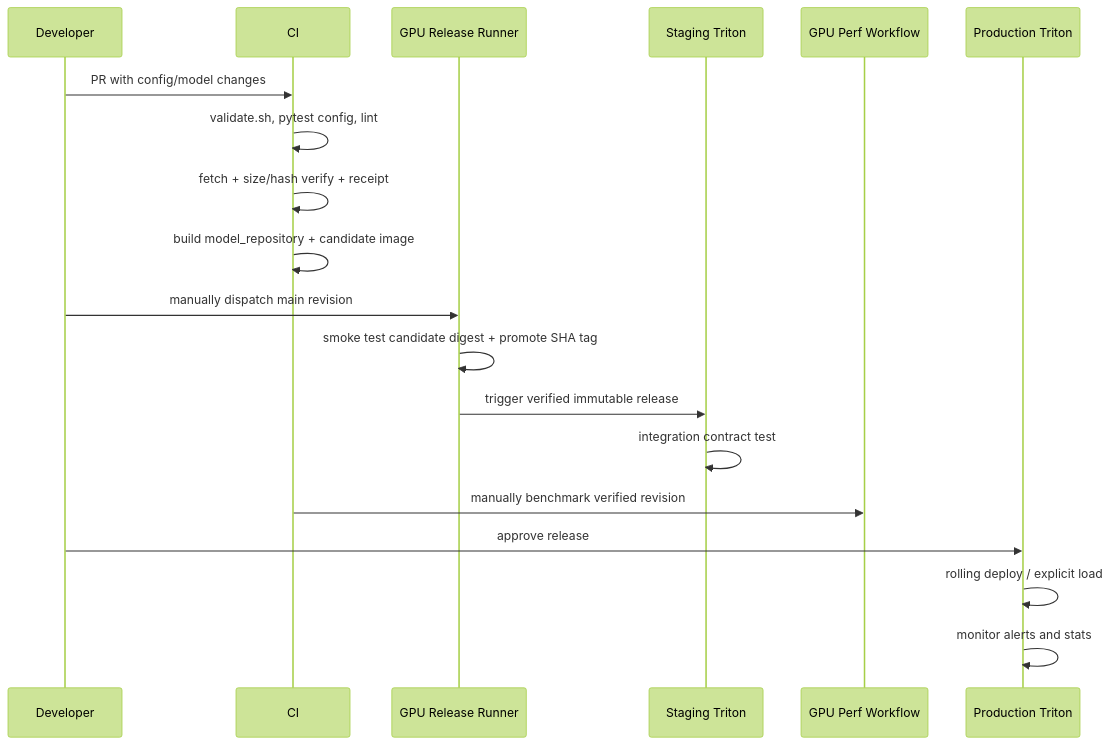
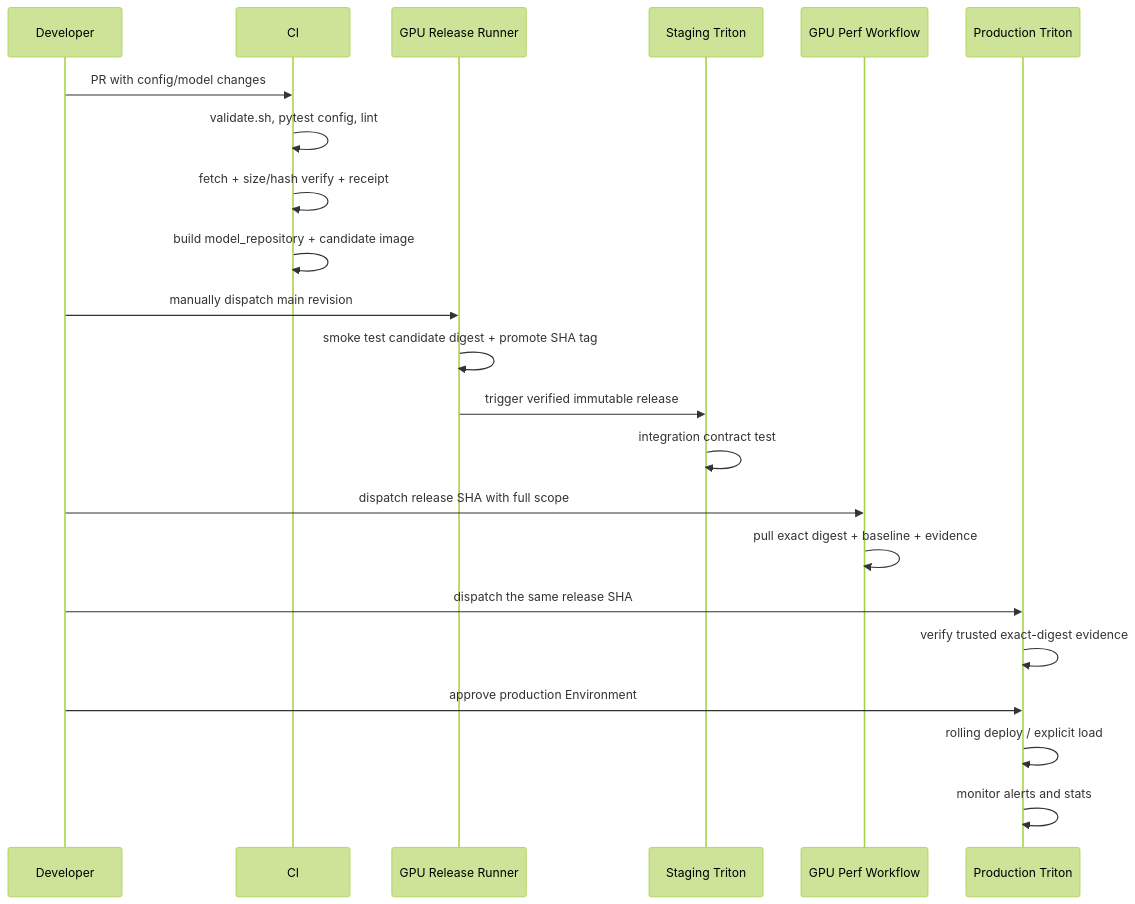
The diagram in docs/production-adoption.md (jaejungscene/triton-infer-server-handbook), drawn with Mermaid (forest theme) before and after one commit. The commit also changed other lines of this file and 15 other files, not shown here.

Commit message:
feat: gate production on exact release digest performance

````diff
--- a/docs/production-adoption.md
+++ b/docs/production-adoption.md
@@ -60,21 +60,24 @@
 ```mermaid
 sequenceDiagram
     participant Dev as Developer
     participant CI as CI
     participant GPU as GPU Release Runner
     participant Stg as Staging Triton
     participant Perf as GPU Perf Workflow
     participant Prod as Production Triton
     Dev->>CI: PR with config/model changes
     CI->>CI: validate.sh, pytest config, lint
     CI->>CI: fetch + size/hash verify + receipt
     CI->>CI: build model_repository + candidate image
     Dev->>GPU: manually dispatch main revision
     GPU->>GPU: smoke test candidate digest + promote SHA tag
     GPU->>Stg: trigger verified immutable release
     Stg->>Stg: integration contract test
-    CI->>Perf: manually benchmark verified revision
-    Dev->>Prod: approve release
+    Dev->>Perf: dispatch release SHA with full scope
+    Perf->>Perf: pull exact digest + baseline + evidence
+    Dev->>Prod: dispatch the same release SHA
+    Prod->>Prod: verify trusted exact-digest evidence
+    Dev->>Prod: approve production Environment
     Prod->>Prod: rolling deploy / explicit load
     Prod->>Prod: monitor alerts and stats
 ```
````
